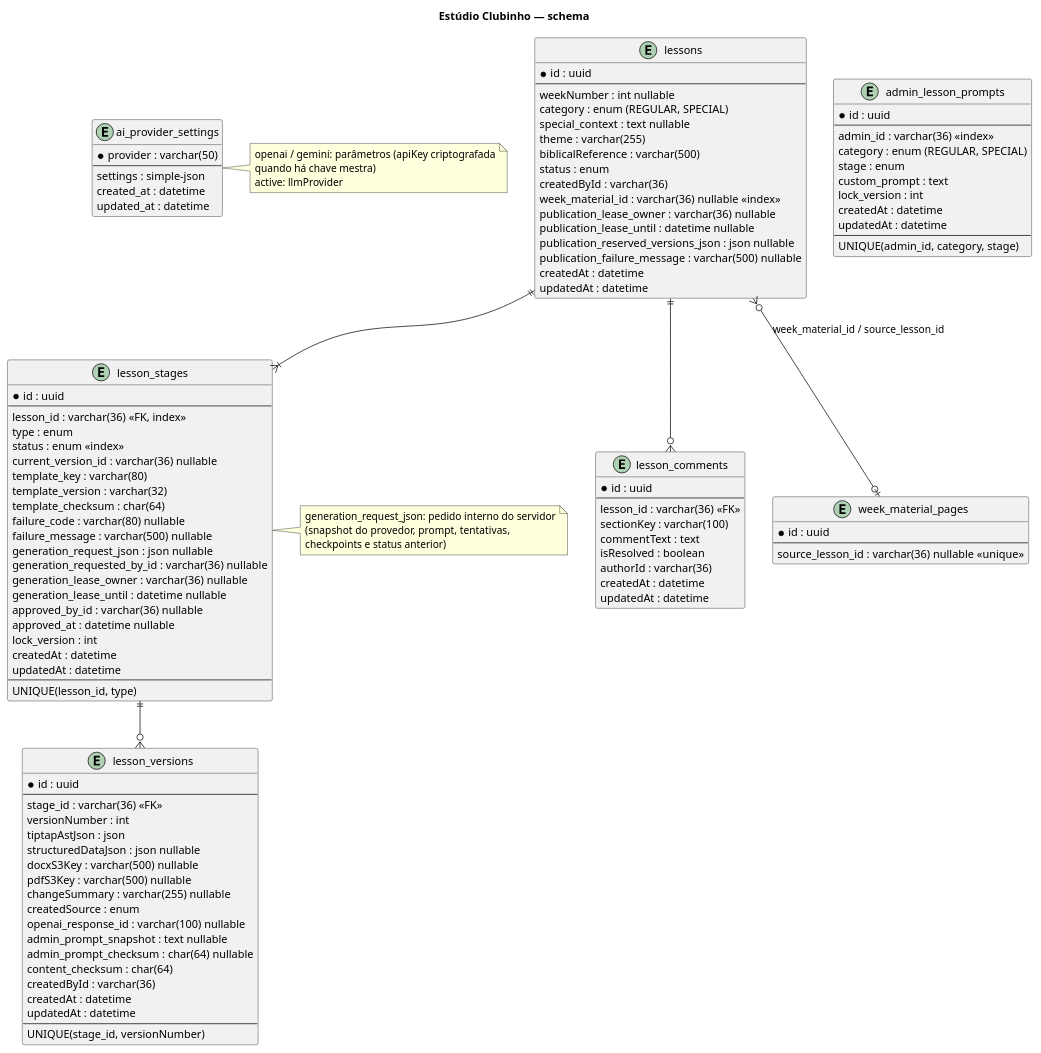
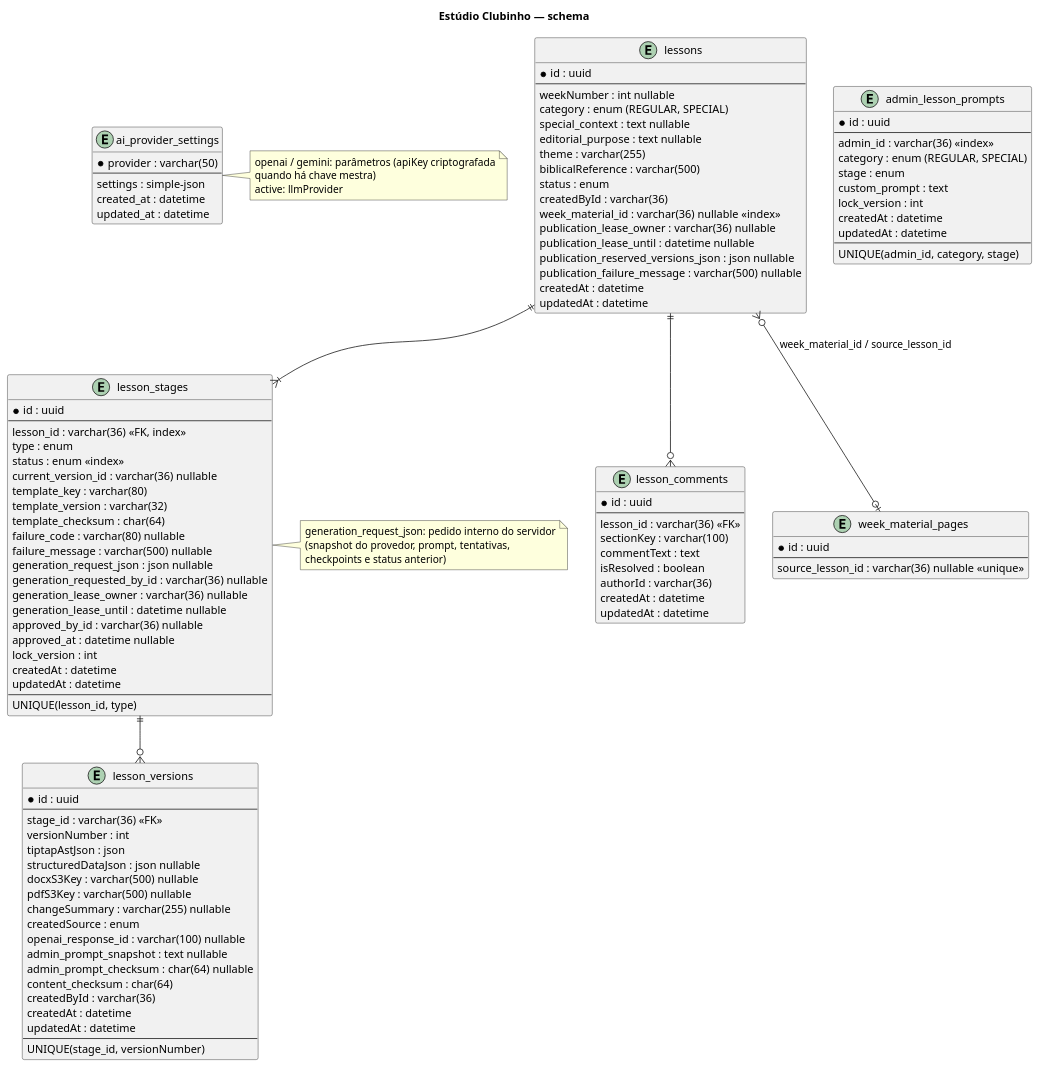
The diagram in docs/diagrams/database/ai-lessons-schema.puml (ministerioclubinhos/clubinhonib-api), drawn with PlantUML before and after one commit. The commit also changed 36 other files, not shown here.

First line of the commit message:
feat: add editorial purpose field to lesson workflow

```diff
--- a/docs/diagrams/database/ai-lessons-schema.puml
+++ b/docs/diagrams/database/ai-lessons-schema.puml
@@ -1,116 +1,117 @@
 @startuml
 title Estúdio Clubinho — schema
 entity ai_provider_settings {
   * provider : varchar(50)
   --
   settings : simple-json
   created_at : datetime
   updated_at : datetime
 }
 note right of ai_provider_settings
   openai / gemini: parâmetros (apiKey criptografada
   quando há chave mestra)
   active: llmProvider
 end note
 entity admin_lesson_prompts {
   * id : uuid
   --
   admin_id : varchar(36) <<index>>
   category : enum (REGULAR, SPECIAL)
   stage : enum
   custom_prompt : text
   lock_version : int
   createdAt : datetime
   updatedAt : datetime
   --
   UNIQUE(admin_id, category, stage)
 }
 entity lessons {
   * id : uuid
   --
   weekNumber : int nullable
   category : enum (REGULAR, SPECIAL)
   special_context : text nullable
+  editorial_purpose : text nullable
   theme : varchar(255)
   biblicalReference : varchar(500)
   status : enum
   createdById : varchar(36)
   week_material_id : varchar(36) nullable <<index>>
   publication_lease_owner : varchar(36) nullable
   publication_lease_until : datetime nullable
   publication_reserved_versions_json : json nullable
   publication_failure_message : varchar(500) nullable
   createdAt : datetime
   updatedAt : datetime
 }
 entity lesson_stages {
   * id : uuid
   --
   lesson_id : varchar(36) <<FK, index>>
   type : enum
   status : enum <<index>>
   current_version_id : varchar(36) nullable
   template_key : varchar(80)
   template_version : varchar(32)
   template_checksum : char(64)
   failure_code : varchar(80) nullable
   failure_message : varchar(500) nullable
   generation_request_json : json nullable
   generation_requested_by_id : varchar(36) nullable
   generation_lease_owner : varchar(36) nullable
   generation_lease_until : datetime nullable
   approved_by_id : varchar(36) nullable
   approved_at : datetime nullable
   lock_version : int
   createdAt : datetime
   updatedAt : datetime
   --
   UNIQUE(lesson_id, type)
 }
 note right of lesson_stages
   generation_request_json: pedido interno do servidor
   (snapshot do provedor, prompt, tentativas,
   checkpoints e status anterior)
 end note
 entity lesson_versions {
   * id : uuid
   --
   stage_id : varchar(36) <<FK>>
   versionNumber : int
   tiptapAstJson : json
   structuredDataJson : json nullable
   docxS3Key : varchar(500) nullable
   pdfS3Key : varchar(500) nullable
   changeSummary : varchar(255) nullable
   createdSource : enum
   openai_response_id : varchar(100) nullable
   admin_prompt_snapshot : text nullable
   admin_prompt_checksum : char(64) nullable
   content_checksum : char(64)
   createdById : varchar(36)
   createdAt : datetime
   updatedAt : datetime
   --
   UNIQUE(stage_id, versionNumber)
 }
 entity lesson_comments {
   * id : uuid
   --
   lesson_id : varchar(36) <<FK>>
   sectionKey : varchar(100)
   commentText : text
   isResolved : boolean
   authorId : varchar(36)
   createdAt : datetime
   updatedAt : datetime
 }
 entity week_material_pages {
   * id : uuid
   --
   source_lesson_id : varchar(36) nullable <<unique>>
 }
 lessons ||--|{ lesson_stages
 lessons ||--o{ lesson_comments
 lesson_stages ||--o{ lesson_versions
 lessons }o--o| week_material_pages : week_material_id / source_lesson_id
 @enduml
```
